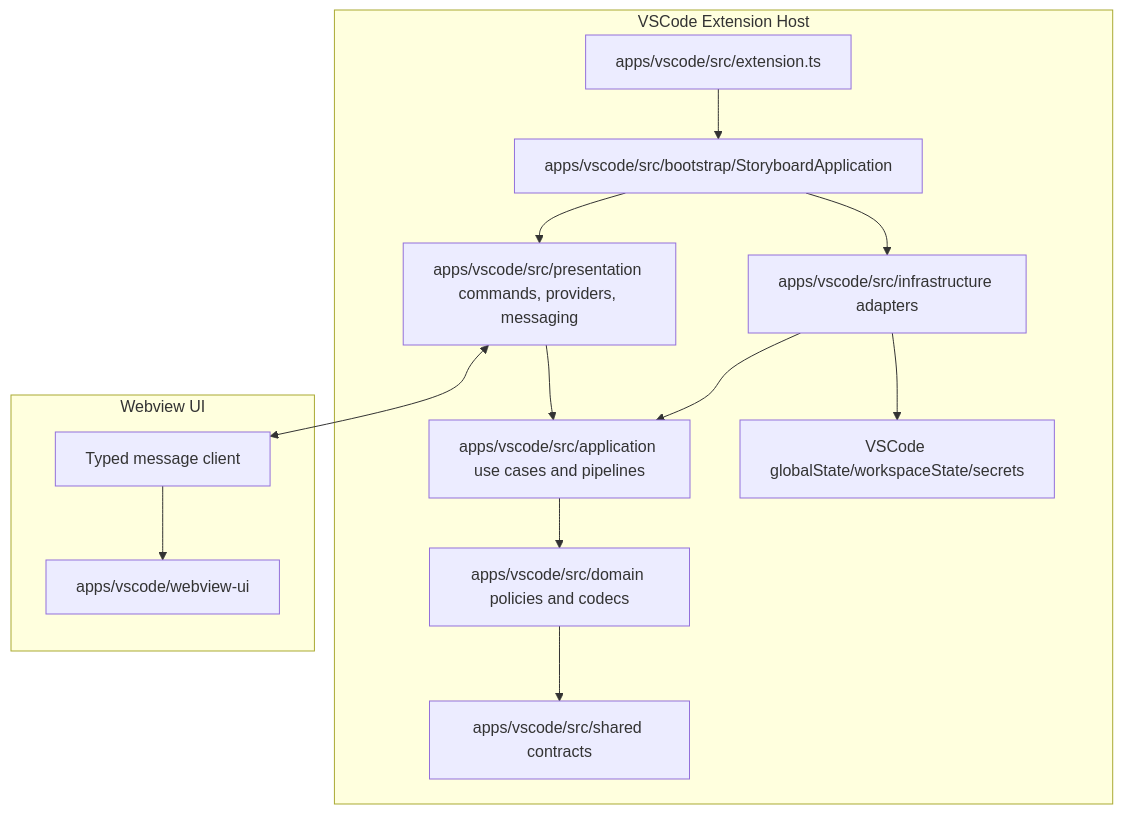
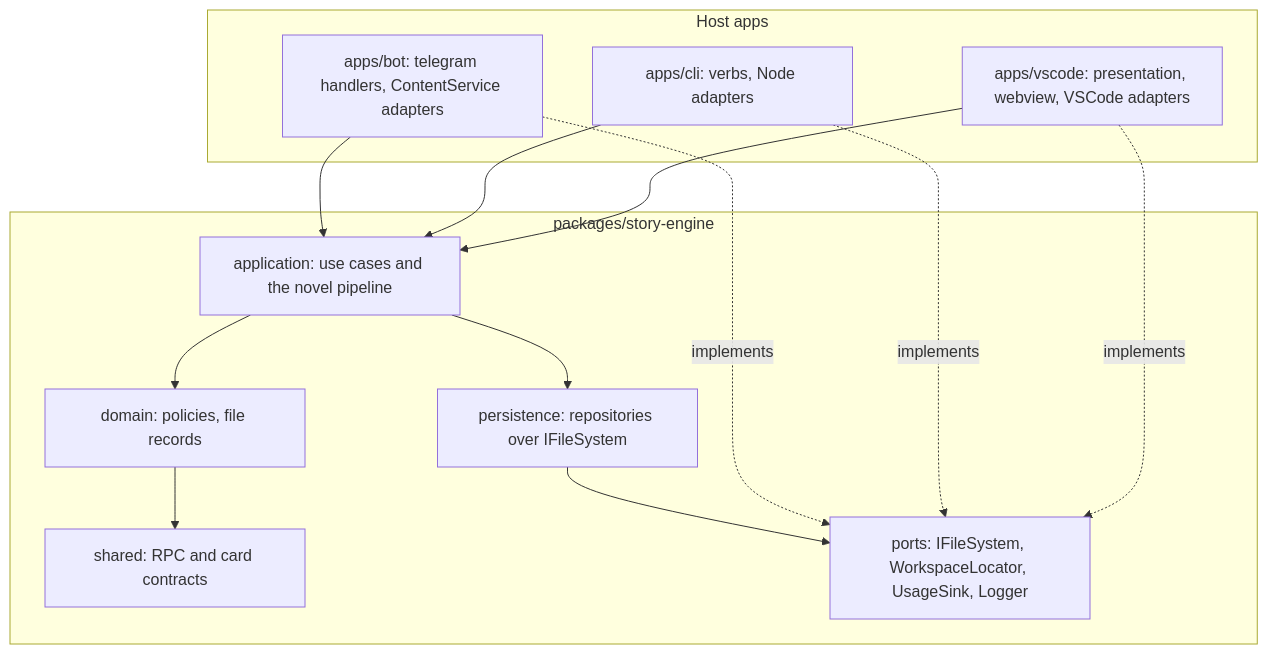
One commit to maroomir/storyboard changed the diagram in .claude/rules/storyboard-overview.md. Above: the diagram before and after it, drawn with Mermaid. The commit also changed other lines of this file and 7 other files, not shown here.

First line of the commit message:
docs: Stop the architecture docs from over-claiming

````diff
--- a/.claude/rules/storyboard-overview.md
+++ b/.claude/rules/storyboard-overview.md
@@ -33,29 +34,27 @@
 ```mermaid
 graph TB
-    subgraph VSCode[VSCode Extension Host]
-        ExtensionEntry[apps/vscode/src/extension.ts]
-        Bootstrap[apps/vscode/src/bootstrap/StoryboardApplication]
-        Presentation[apps/vscode/src/presentation commands, providers, messaging]
-        Application[apps/vscode/src/application use cases and pipelines]
-        Infrastructure[apps/vscode/src/infrastructure adapters]
-        Domain[apps/vscode/src/domain policies and codecs]
-        Shared[apps/vscode/src/shared contracts]
-        State[VSCode globalState/workspaceState/secrets]
+    subgraph Engine[packages/story-engine]
+        Application[application: use cases and the novel pipeline]
+        Persistence[persistence: repositories over IFileSystem]
+        Domain[domain: policies, file records]
+        SharedContracts[shared: RPC and card contracts]
+        Ports[ports: IFileSystem, WorkspaceLocator, UsageSink, Logger]
     end
 
-    subgraph Webview[Webview UI]
-        App[apps/vscode/webview-ui]
-        MessageClient[Typed message client]
+    subgraph Apps[Host apps]
+        VscodeApp[apps/vscode: presentation, webview, VSCode adapters]
+        CliApp[apps/cli: verbs, Node adapters]
+        BotApp[apps/bot: telegram handlers, ContentService adapters]
     end
 
-    ExtensionEntry --> Bootstrap
-    Bootstrap --> Presentation
-    Bootstrap --> Infrastructure
-    Presentation --> Application
-    Infrastructure --> Application
+    VscodeApp --> Application
+    CliApp --> Application
+    BotApp --> Application
+    VscodeApp -.implements.-> Ports
+    CliApp -.implements.-> Ports
+    BotApp -.implements.-> Ports
+    Application --> Persistence
     Application --> Domain
-    Domain --> Shared
-    Infrastructure --> State
-    Presentation <--> MessageClient
-    MessageClient --> App
+    Persistence --> Ports
+    Domain --> SharedContracts
 ```
````
